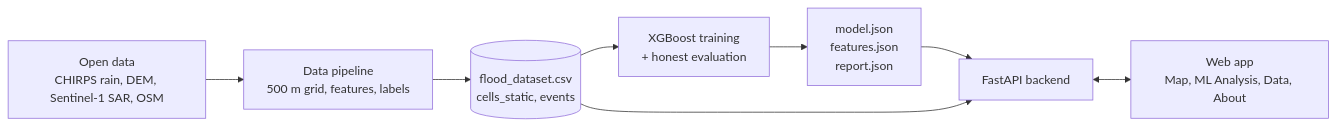
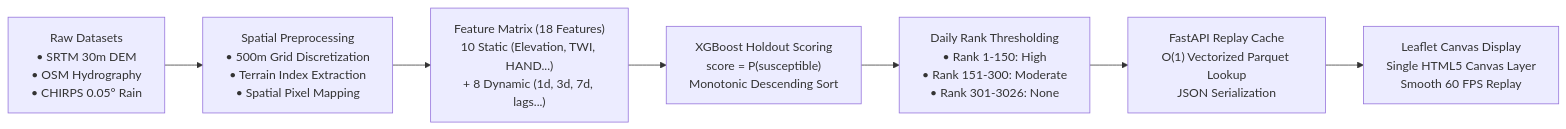
One commit to nishanth-end/n2m-rain-model changed the second of 2 diagrams in README.md. Above: the diagram before and after it, drawn with Mermaid. The commit also changed other lines of this file and 144 other files, not shown here.

````diff
--- a/README.md
+++ b/README.md
@@ -43,10 +148,9 @@
 ```mermaid
 flowchart LR
-  A["Open data<br/>CHIRPS rain, DEM, Sentinel-1 SAR, OSM"] --> B["Data pipeline<br/>500 m grid, features, labels"]
-  B --> C[("flood_dataset.csv<br/>cells_static, events")]
-  C --> D["XGBoost training<br/>+ honest evaluation"]
-  D --> E["model.json<br/>features.json<br/>report.json"]
-  E --> F["FastAPI backend"]
-  C --> F
-  F <--> G["Web app<br/>Map, ML Analysis, Data, About"]
+    A["Raw Datasets<br/>• SRTM 30m DEM<br/>• OSM Hydrography<br/>• CHIRPS 0.05° Rain"] --> B["Spatial Preprocessing<br/>• 500m Grid Discretization<br/>• Terrain Index Extraction<br/>• Spatial Pixel Mapping"]
+    B --> C["Feature Matrix (18 Features)<br/>10 Static (Elevation, TWI, HAND...)<br/>+ 8 Dynamic (1d, 3d, 7d, lags...)"]
+    C --> D["XGBoost Holdout Scoring<br/>score = P(susceptible)<br/>Monotonic Descending Sort"]
+    D --> E["Daily Rank Thresholding<br/>• Rank 1-150: High<br/>• Rank 151-300: Moderate<br/>• Rank 301-3026: None"]
+    E --> F["FastAPI Replay Cache<br/>O(1) Vectorized Parquet Lookup<br/>JSON Serialization"]
+    F --> G["Leaflet Canvas Display<br/>Single HTML5 Canvas Layer<br/>Smooth 60 FPS Replay"]
 ```
````
